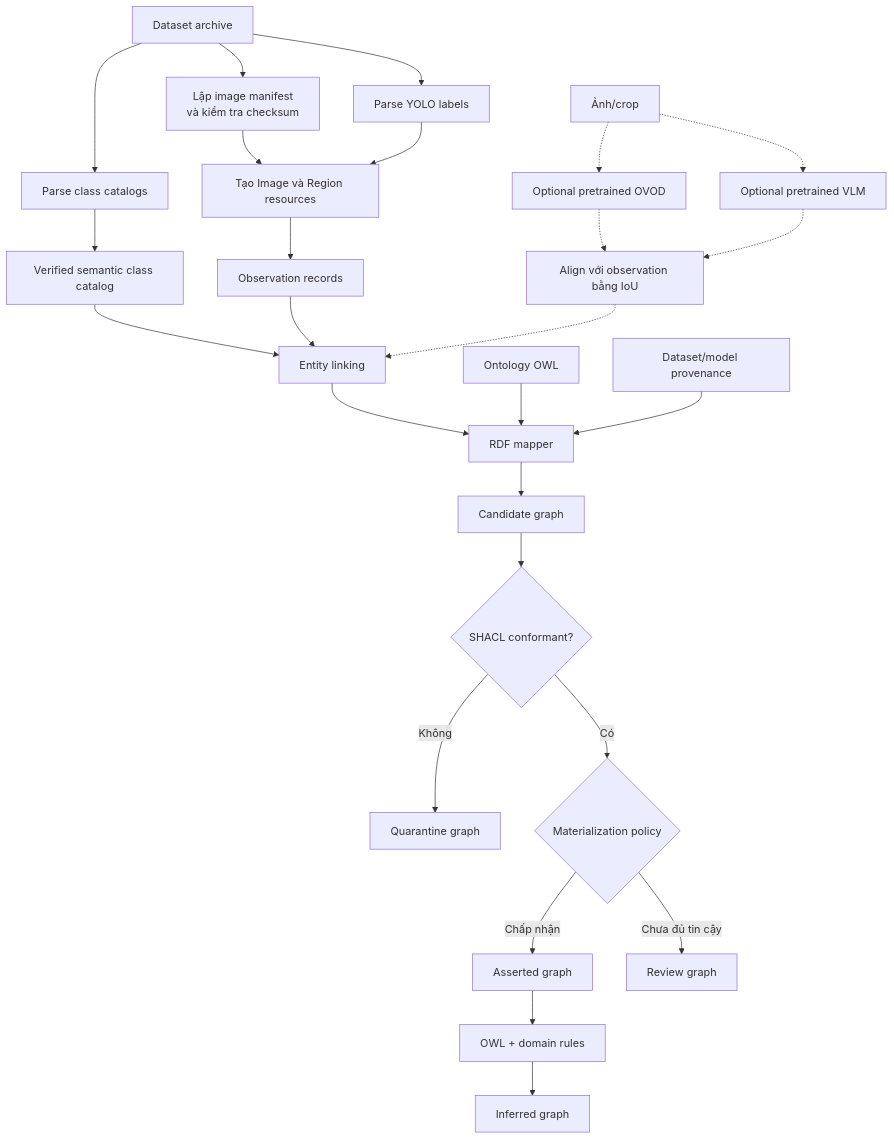
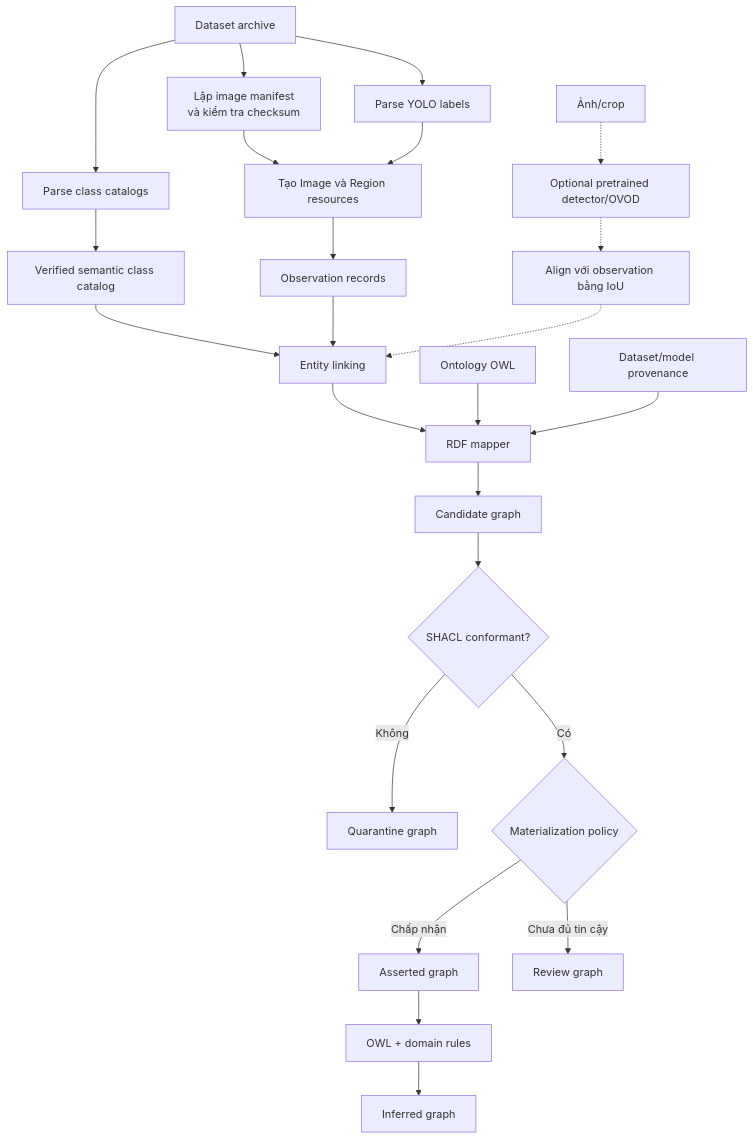
Before and after one commit to khoatran02/Ontology-COKB-Biomedical-Code-Mapping: the eighth of 16 diagrams in docs/Ontology-Grounded-Traffic-Sign-Knowledge-Graph-Proposal.md, drawn with Mermaid. The commit also changed other lines of this file and 71 other files, not shown here.

````diff
--- a/docs/Ontology-Grounded-Traffic-Sign-Knowledge-Graph-Proposal.md
+++ b/docs/Ontology-Grounded-Traffic-Sign-Knowledge-Graph-Proposal.md
@@ -1245,34 +1240,32 @@
 ```mermaid
 flowchart TD
     ZIP["Dataset archive"] --> INDEX["Lập image manifest<br/>và kiểm tra checksum"]
     ZIP --> LABEL["Parse YOLO labels"]
     ZIP --> CLASS["Parse class catalogs"]
 
     INDEX --> REGION["Tạo Image và Region resources"]
     LABEL --> REGION
     CLASS --> CATALOG["Verified semantic class catalog"]
 
     REGION --> OBS["Observation records"]
     CATALOG --> LINK["Entity linking"]
     OBS --> LINK
 
-    IMG["Ảnh/crop"] -.-> OVOD["Optional pretrained OVOD"]
-    IMG -.-> VLM["Optional pretrained VLM"]
+    IMG["Ảnh/crop"] -.-> OVOD["Optional pretrained detector/OVOD"]
     OVOD -.-> ALIGN["Align với observation bằng IoU"]
-    VLM -.-> ALIGN
     ALIGN -.-> LINK
 
     LINK --> RDF["RDF mapper"]
     ONT["Ontology OWL"] --> RDF
     PROV["Dataset/model provenance"] --> RDF
     RDF --> CANDIDATE["Candidate graph"]
 
     CANDIDATE --> SHACL{"SHACL conformant?"}
     SHACL -->|"Không"| Q["Quarantine graph"]
     SHACL -->|"Có"| POLICY{"Materialization policy"}
     POLICY -->|"Chấp nhận"| A["Asserted graph"]
     POLICY -->|"Chưa đủ tin cậy"| REVIEW["Review graph"]
 
     A --> REASON["OWL + domain rules"]
     REASON --> I["Inferred graph"]
 ```
````
